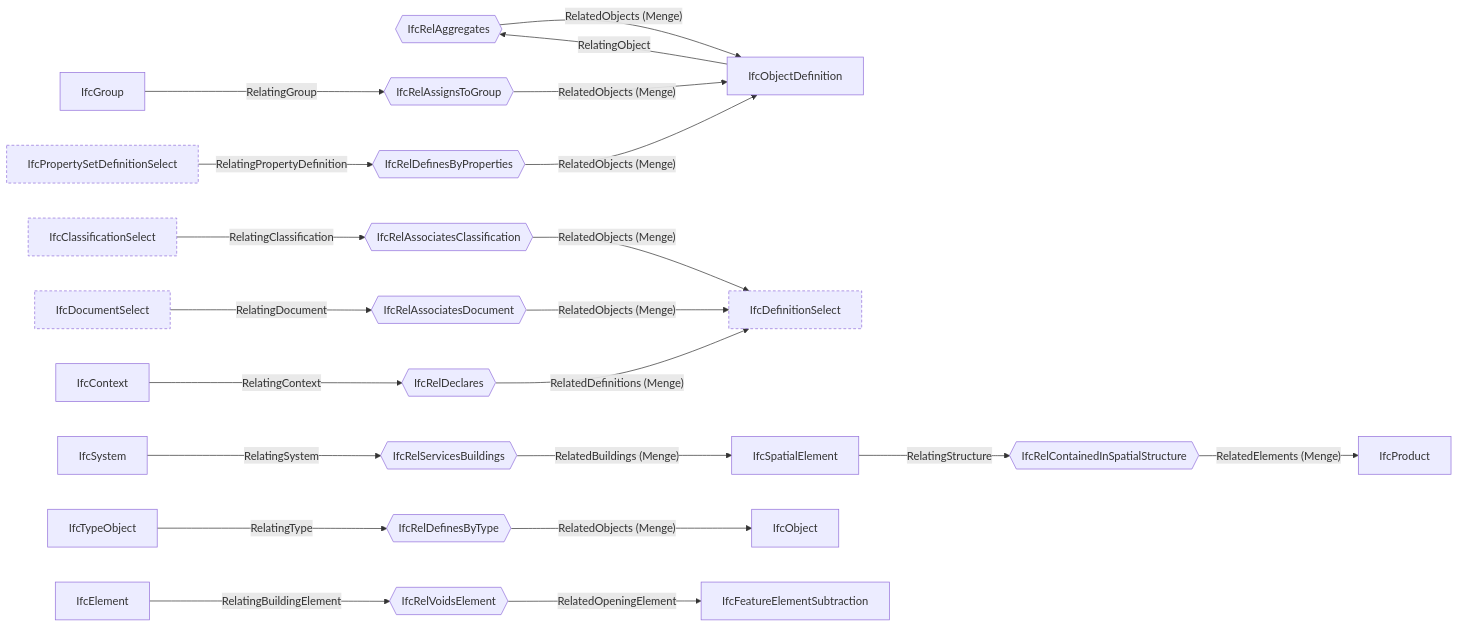
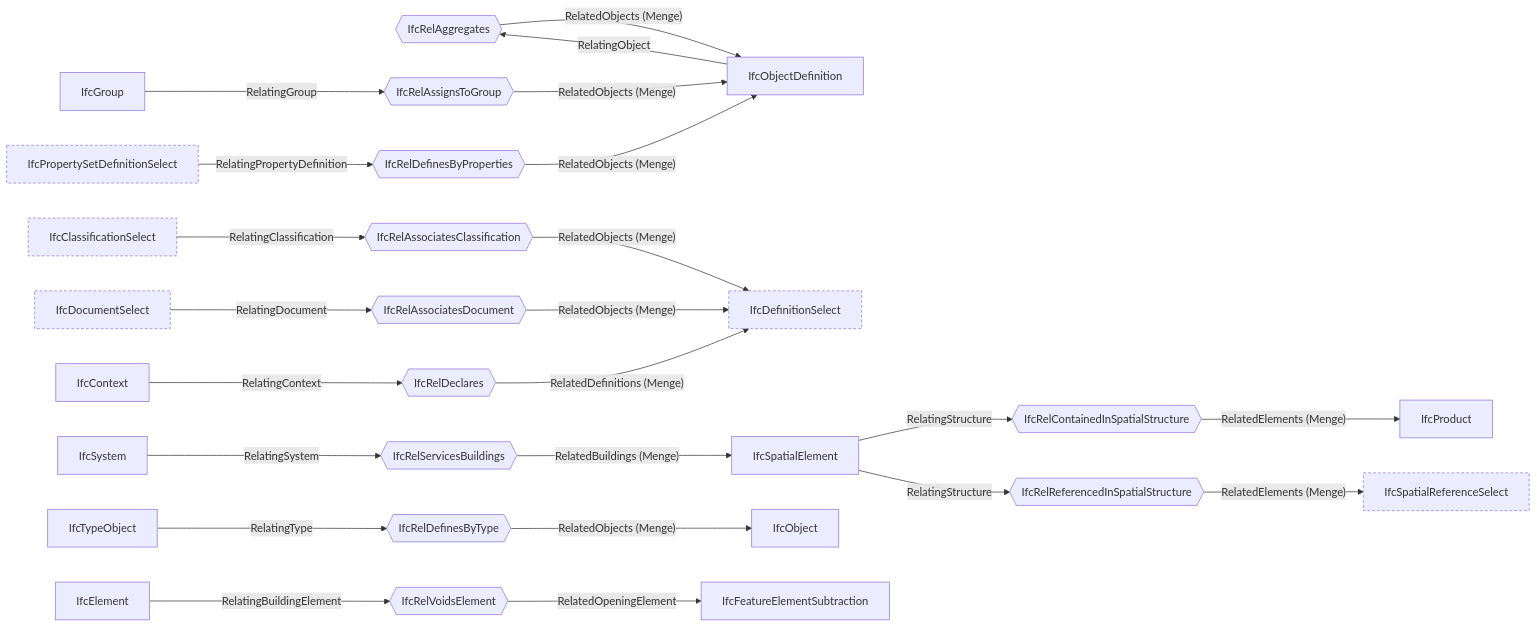
The diagram in docs/ifc/beziehungen.md (fabiologe/quagg_page_public), drawn with Mermaid before and after one commit. The commit also changed 11 other files, not shown here.

````diff
--- a/docs/ifc/beziehungen.md
+++ b/docs/ifc/beziehungen.md
@@ -7,37 +7,41 @@
 ```mermaid
 flowchart LR
   IfcRelAggregates{{IfcRelAggregates}}
   IfcObjectDefinition -->|"RelatingObject"| IfcRelAggregates
   IfcRelAggregates -->|"RelatedObjects (Menge)"| IfcObjectDefinition
   IfcRelAssignsToGroup{{IfcRelAssignsToGroup}}
   IfcRelAssignsToGroup -->|"RelatedObjects (Menge)"| IfcObjectDefinition
   IfcGroup -->|"RelatingGroup"| IfcRelAssignsToGroup
   IfcRelAssociatesClassification{{IfcRelAssociatesClassification}}
   IfcRelAssociatesClassification -->|"RelatedObjects (Menge)"| IfcDefinitionSelect
   IfcClassificationSelect -->|"RelatingClassification"| IfcRelAssociatesClassification
   IfcRelAssociatesDocument{{IfcRelAssociatesDocument}}
   IfcRelAssociatesDocument -->|"RelatedObjects (Menge)"| IfcDefinitionSelect
   IfcDocumentSelect -->|"RelatingDocument"| IfcRelAssociatesDocument
   IfcRelContainedInSpatialStructure{{IfcRelContainedInSpatialStructure}}
   IfcRelContainedInSpatialStructure -->|"RelatedElements (Menge)"| IfcProduct
   IfcSpatialElement -->|"RelatingStructure"| IfcRelContainedInSpatialStructure
   IfcRelDeclares{{IfcRelDeclares}}
   IfcContext -->|"RelatingContext"| IfcRelDeclares
   IfcRelDeclares -->|"RelatedDefinitions (Menge)"| IfcDefinitionSelect
   IfcRelDefinesByProperties{{IfcRelDefinesByProperties}}
   IfcRelDefinesByProperties -->|"RelatedObjects (Menge)"| IfcObjectDefinition
   IfcPropertySetDefinitionSelect -->|"RelatingPropertyDefinition"| IfcRelDefinesByProperties
   IfcRelDefinesByType{{IfcRelDefinesByType}}
   IfcRelDefinesByType -->|"RelatedObjects (Menge)"| IfcObject
   IfcTypeObject -->|"RelatingType"| IfcRelDefinesByType
+  IfcRelReferencedInSpatialStructure{{IfcRelReferencedInSpatialStructure}}
+  IfcRelReferencedInSpatialStructure -->|"RelatedElements (Menge)"| IfcSpatialReferenceSelect
+  IfcSpatialElement -->|"RelatingStructure"| IfcRelReferencedInSpatialStructure
   IfcRelServicesBuildings{{IfcRelServicesBuildings}}
   IfcSystem -->|"RelatingSystem"| IfcRelServicesBuildings
   IfcRelServicesBuildings -->|"RelatedBuildings (Menge)"| IfcSpatialElement
   IfcRelVoidsElement{{IfcRelVoidsElement}}
   IfcElement -->|"RelatingBuildingElement"| IfcRelVoidsElement
   IfcRelVoidsElement -->|"RelatedOpeningElement"| IfcFeatureElementSubtraction
   style IfcClassificationSelect stroke-dasharray: 4 3
   style IfcDefinitionSelect stroke-dasharray: 4 3
   style IfcDocumentSelect stroke-dasharray: 4 3
   style IfcPropertySetDefinitionSelect stroke-dasharray: 4 3
+  style IfcSpatialReferenceSelect stroke-dasharray: 4 3
 ```
````
